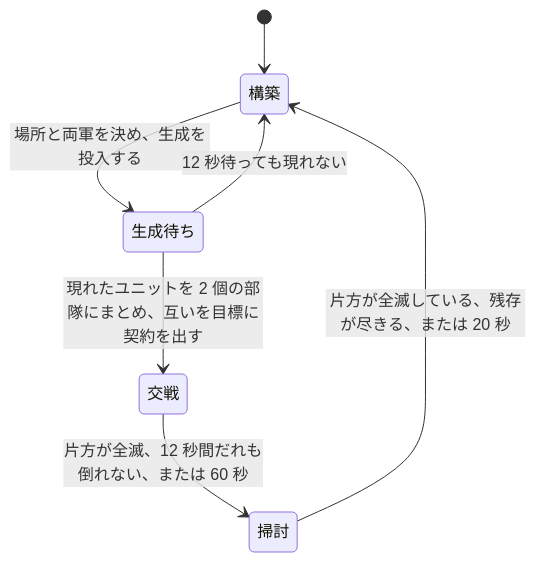
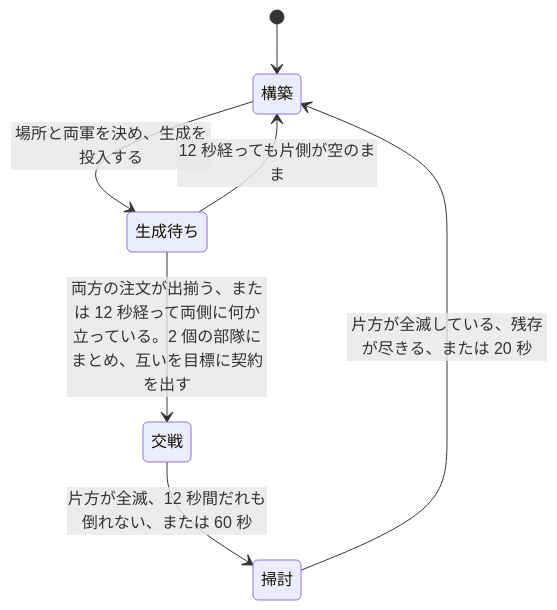
Before and after one commit to h4ribote/RW-Intel: the diagram in docs/project/08-learning.md, drawn with Mermaid. The commit also changed other lines of this file and 7 other files, not shown here.

````diff
--- a/docs/project/08-learning.md
+++ b/docs/project/08-learning.md
@@ -214,9 +223,9 @@
 ```mermaid
 stateDiagram-v2
     [*] --> 構築
     構築 --> 生成待ち: 場所と両軍を決め、生成を投入する
-    生成待ち --> 交戦: 現れたユニットを 2 個の部隊にまとめ、互いを目標に契約を出す
-    生成待ち --> 構築: 12 秒待っても現れない
+    生成待ち --> 交戦: 両方の注文が出揃う、または 12 秒経って両側に何か立っている。2 個の部隊にまとめ、互いを目標に契約を出す
+    生成待ち --> 構築: 12 秒経っても片側が空のまま
     交戦 --> 掃討: 片方が全滅、12 秒間だれも倒れない、または 60 秒
     掃討 --> 構築: 片方が全滅している、残存が尽きる、または 20 秒
 ```
````
